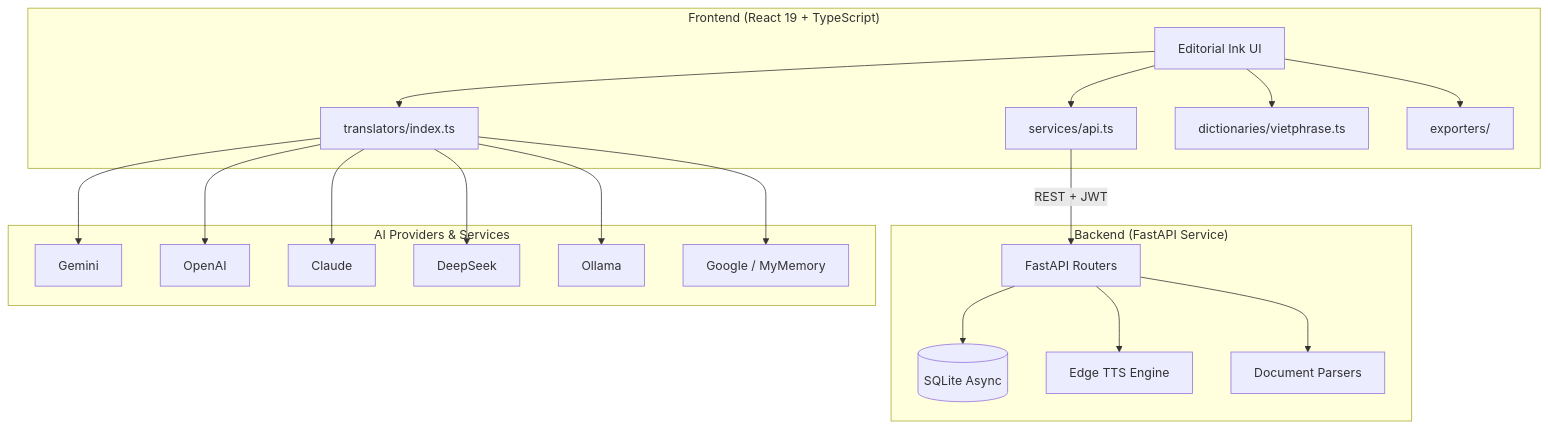
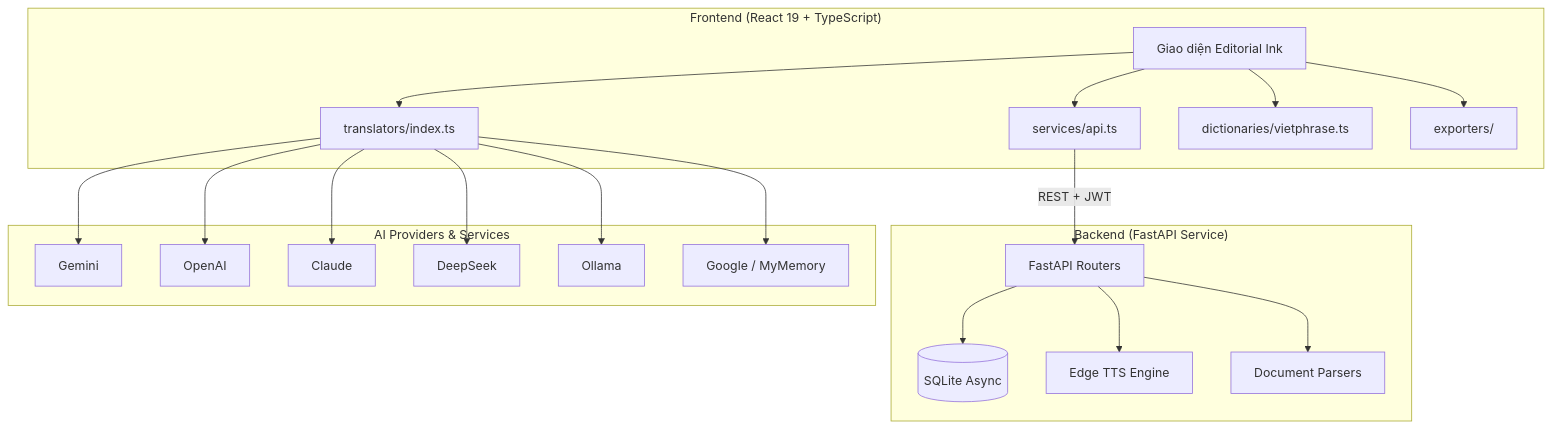
One commit to Lacia1803/omninovel-studio changed the diagram in README.md. Above: the diagram before and after it, drawn with Mermaid. The commit also changed other lines of this file and 1 other file, not shown here.

````diff
--- a/README.md
+++ b/README.md
@@ -42,23 +46,23 @@
 ```mermaid
 graph TB
-subgraph "Frontend (React 19 + TypeScript)"
-    UI[Editorial Ink UI] --> API[services/api.ts]
+subgraph "Frontend (React 19 + TypeScript)"
+    UI[Giao diện Editorial Ink] --> API[services/api.ts]
     UI --> Trans[translators/index.ts]
     UI --> Dict[dictionaries/vietphrase.ts]
     UI --> Exp[exporters/]
 end
 subgraph "Backend (FastAPI Service)"
     API -->|REST + JWT| BE[FastAPI Routers]
     BE --> DB[(SQLite Async)]
     BE --> TTS[Edge TTS Engine]
     BE --> Parser[Document Parsers]
 end
 subgraph "AI Providers & Services"
     Trans --> Gemini
     Trans --> OpenAI
     Trans --> Claude
     Trans --> DeepSeek
     Trans --> Ollama
     Trans --> FreeProviders[Google / MyMemory]
 end
 ```
````
